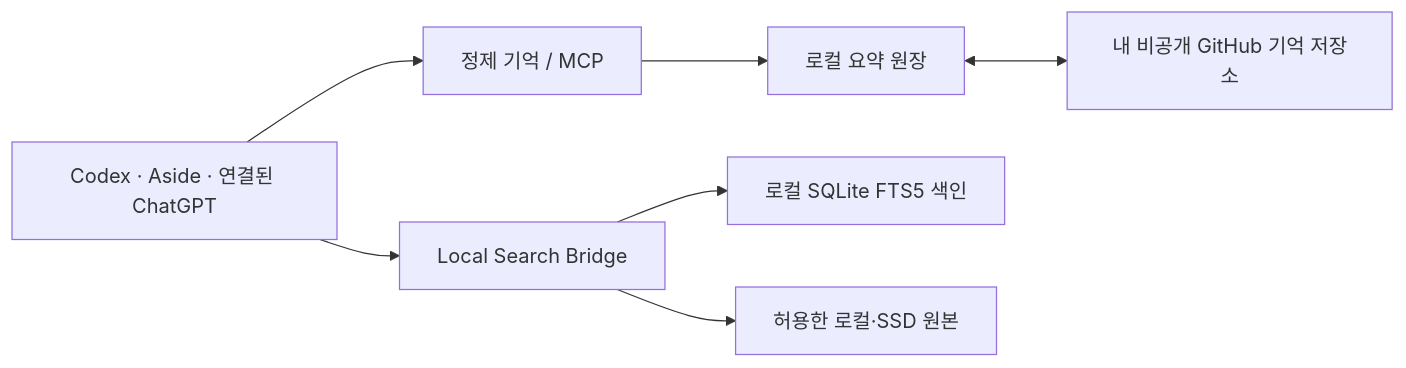
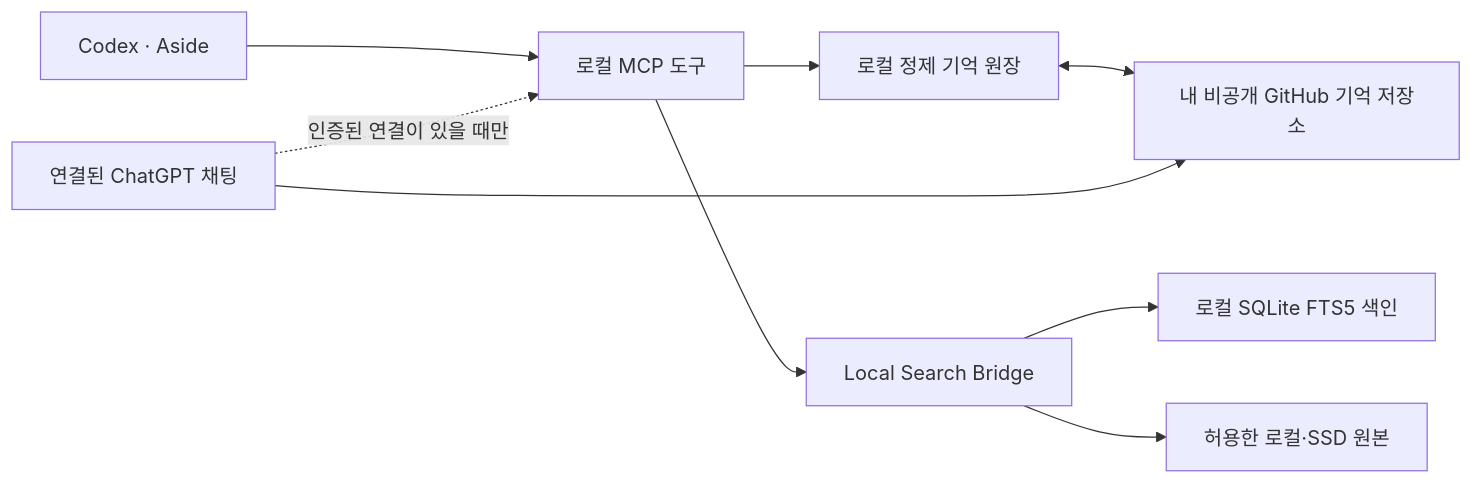
The diagram in README.md (alice840126-ship-it/ai-workspace-kit), drawn with Mermaid before and after one commit. The commit also changed other lines of this file, not shown here.

````diff
--- a/README.md
+++ b/README.md
@@ -59,9 +79,11 @@
 ```mermaid
 flowchart LR
-    C[Codex · Aside · 연결된 ChatGPT] --> M[정제 기억 / MCP]
-    M --> L[로컬 요약 원장]
+    A[Codex · Aside] --> M[로컬 MCP 도구]
+    M --> L[로컬 정제 기억 원장]
     L <--> G[내 비공개 GitHub 기억 저장소]
-    C --> S[Local Search Bridge]
+    C[연결된 ChatGPT 채팅] --> G
+    M --> S[Local Search Bridge]
     S --> I[로컬 SQLite FTS5 색인]
     S --> D[허용한 로컬·SSD 원본]
+    C -. 인증된 연결이 있을 때만 .-> M
 ```
````
